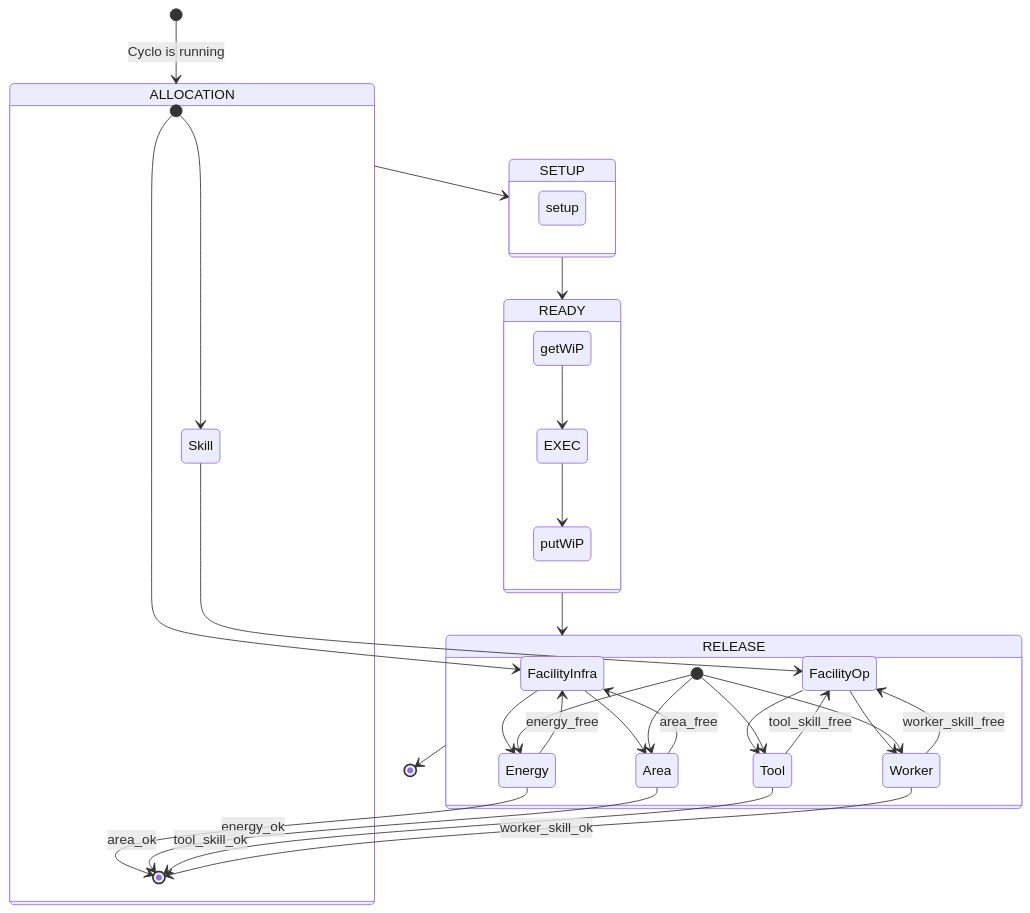
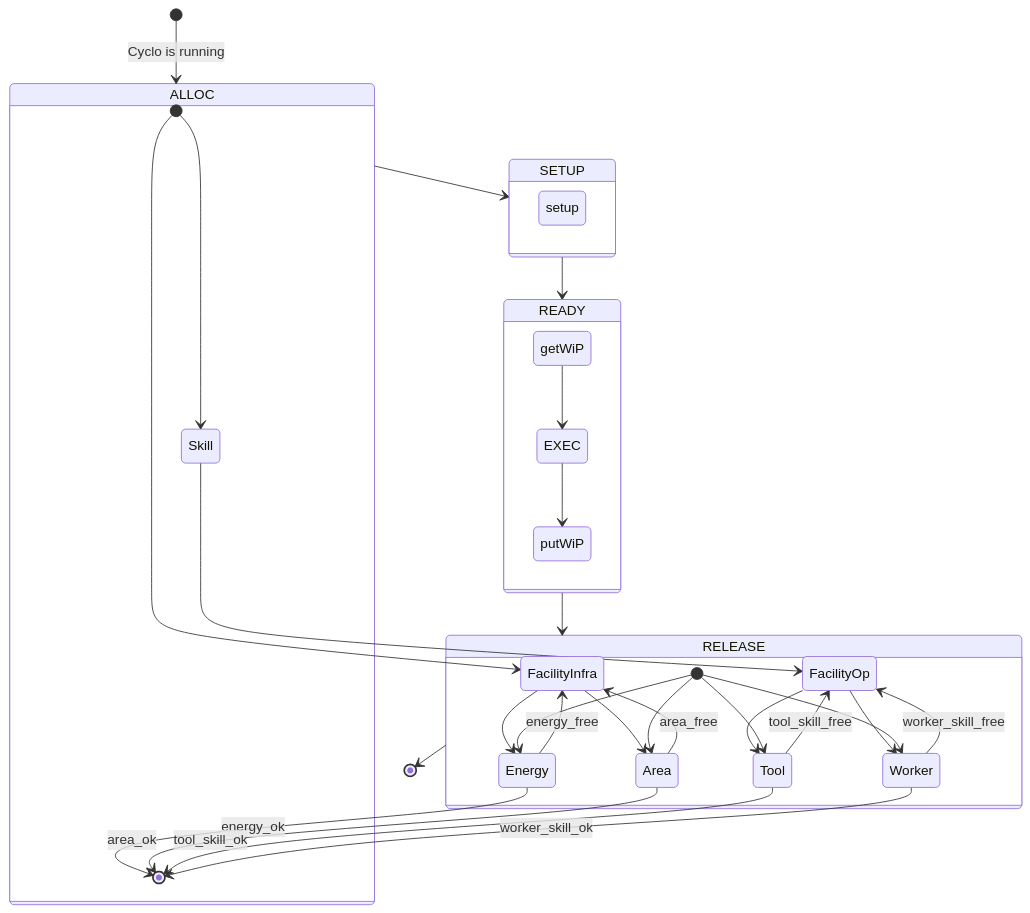
The second of 2 diagrams in content/docs/cyclo/stage.md (bampli/specs), drawn with Mermaid before and after one commit. The commit also changed other lines of this file and 1 other file, not shown here.

Commit message:
rev times again

```diff
--- a/content/docs/cyclo/stage.md
+++ b/content/docs/cyclo/stage.md
@@ -79,39 +79,39 @@
 {{< mermaid >}}
 stateDiagram
-    [*] --> ALLOCATION : Cyclo is running
-    ALLOCATION --> SETUP
+    [*] --> ALLOC : Cyclo is running
+    ALLOC --> SETUP
     SETUP --> READY
     READY --> RELEASE
     RELEASE --> [*]
-    state ALLOCATION {
+    state ALLOC {
         [*] --> FacilityInfra
         [*] --> Skill
         FacilityInfra --> Energy
         FacilityInfra --> Area
         Energy --> [*] : energy_ok
         Area --> [*] : area_ok
         Skill --> FacilityOp
         FacilityOp --> Tool
         Tool --> [*] : tool_skill_ok
         FacilityOp --> Worker
         Worker --> [*] : worker_skill_ok
     }
     state SETUP {
         setup
     }
     state READY {
         getWiP --> EXEC
         EXEC --> putWiP
         putWiP
     }
     state RELEASE {
         [*] --> Area
         Area --> FacilityInfra : area_free
         [*] --> Energy
         Energy --> FacilityInfra : energy_free
         [*] --> Tool
         Tool --> FacilityOp : tool_skill_free
         [*] --> Worker
         Worker --> FacilityOp : worker_skill_free
     }
 {{< /mermaid >}}
```
